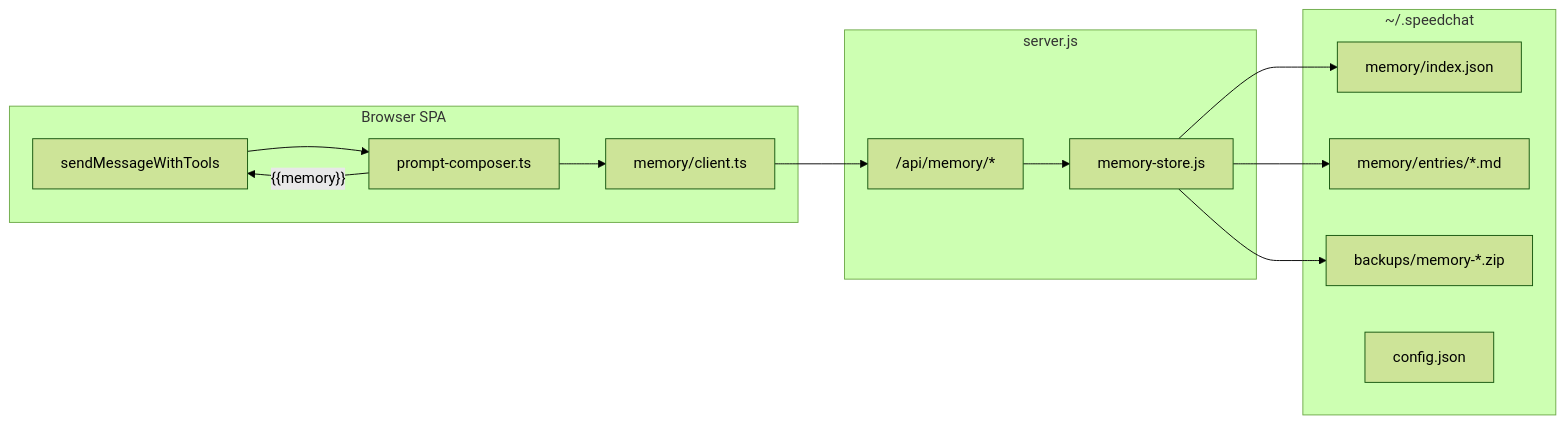
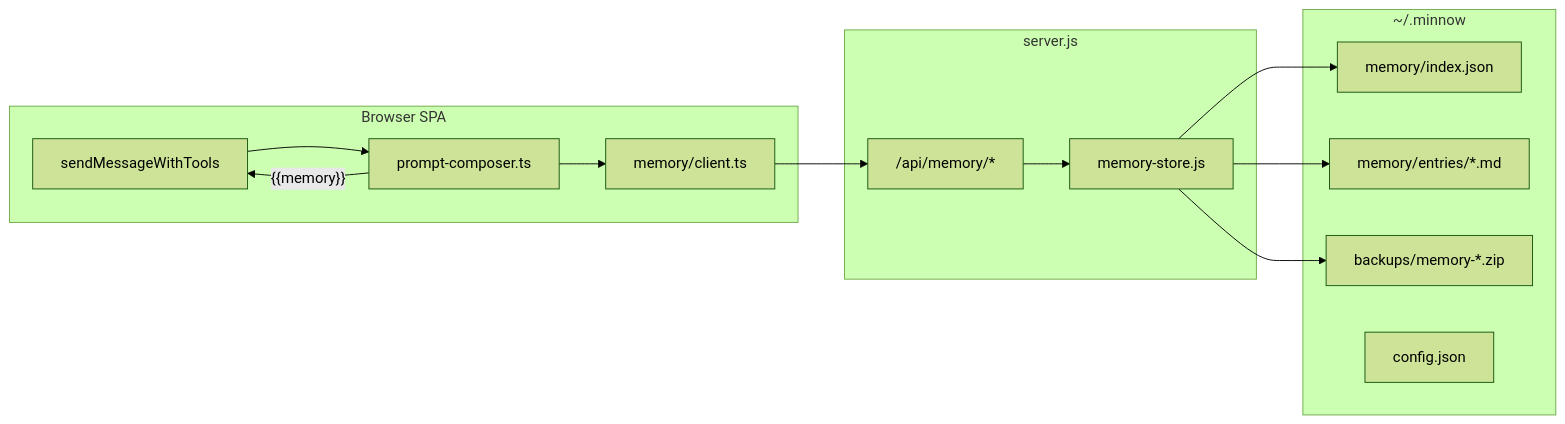
The diagram in documentation/plans/Build out/step-16-memory-system.md (DukkyGames/Minnow), drawn with Mermaid (forest theme) before and after one commit. The commit also changed other lines of this file and 204 other files, not shown here.

````diff
--- a/documentation/plans/Build out/step-16-memory-system.md
+++ b/documentation/plans/Build out/step-16-memory-system.md
@@ -69,29 +69,29 @@
 ```mermaid
 flowchart LR
   subgraph browser [Browser SPA]
     Send[sendMessageWithTools]
     Composer[prompt-composer.ts]
     MemClient[memory/client.ts]
     Send --> Composer
     Composer --> MemClient
   end
 
   subgraph node [server.js]
     API["/api/memory/*"]
     Store[memory-store.js]
     API --> Store
   end
 
-  subgraph disk ["~/.speedchat"]
+  subgraph disk ["~/.minnow"]
     Index[memory/index.json]
     Entries["memory/entries/*.md"]
     Backups[backups/memory-*.zip]
     Config[config.json]
   end
 
   MemClient --> API
   Store --> Index
   Store --> Entries
   Store --> Backups
   Composer -->|"{{memory}}"| Send
 ```
````
